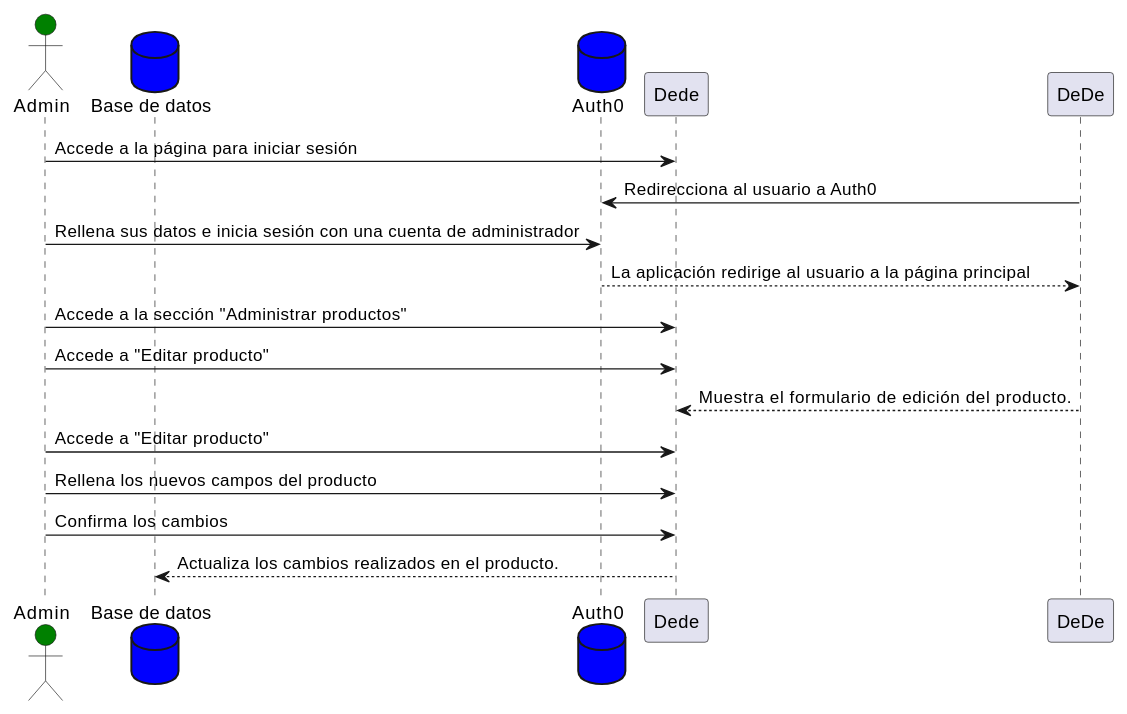
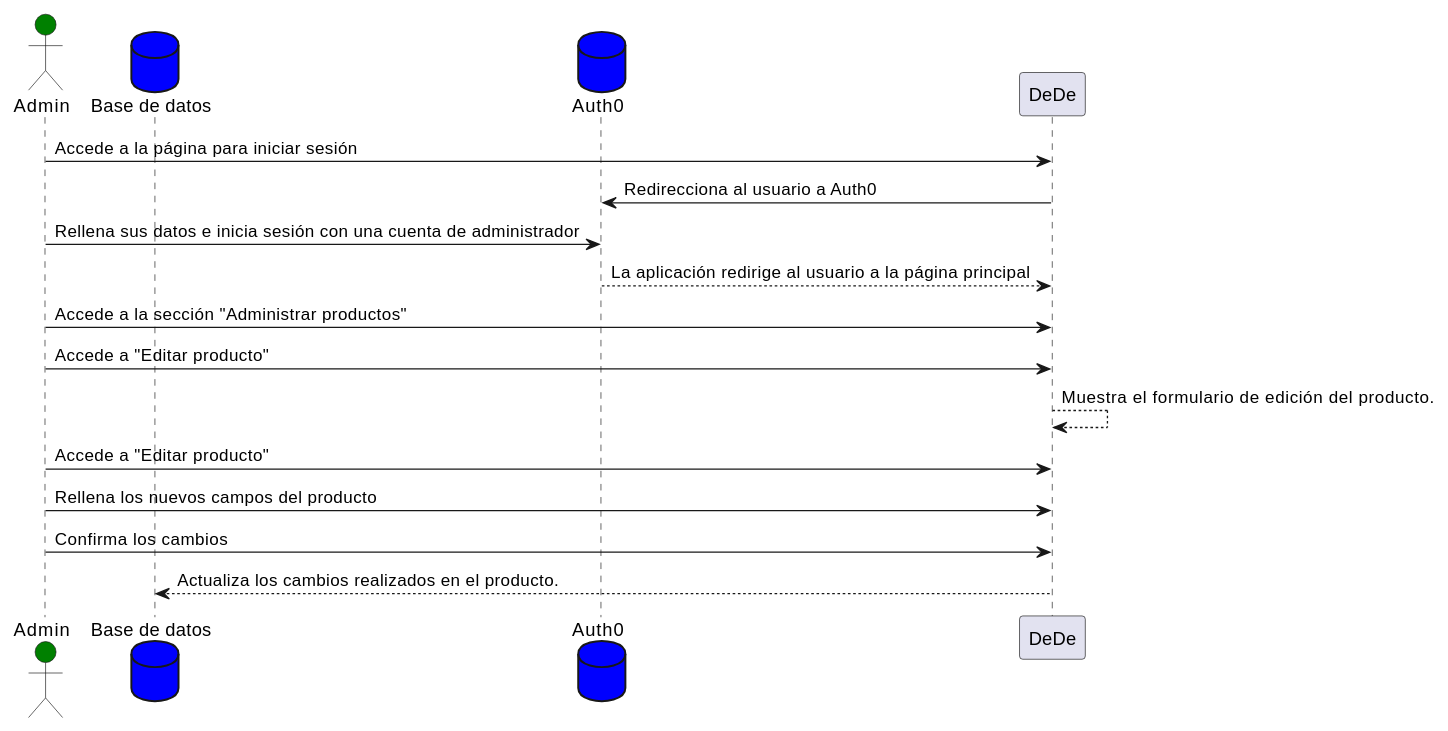
The seventh of 8 diagrams in docs/06_runtime_view.adoc (Arquisoft/dede_es2a), drawn with PlantUML before and after one commit. The commit also changed other lines of this file, not shown here.

Commit message:
corregidos diagramas de secuencia

```diff
--- a/docs/06_runtime_view.adoc
+++ b/docs/06_runtime_view.adoc
@@ -126,17 +126,17 @@
 [plantuml,"EditarProducto",png]
 ----
 actor Admin #green
 database BaseDeDatos as "Base de datos" #blue
 database Auth0 as "Auth0" #blue
-Admin -> Dede: Accede  a la página para iniciar sesión
+Admin -> DeDe: Accede  a la página para iniciar sesión
 DeDe -> Auth0: Redirecciona al usuario a Auth0
 Admin -> Auth0: Rellena sus datos e inicia sesión con una cuenta de administrador
 DeDe <-- Auth0: La aplicación redirige al usuario a la página principal
-Admin -> Dede: Accede a la sección "Administrar productos"
-Admin -> Dede: Accede a "Editar producto"
-DeDe --> Dede: Muestra el formulario de edición del producto.
-Admin -> Dede: Accede a "Editar producto"
-Admin -> Dede: Rellena los nuevos campos del producto
-Admin -> Dede: Confirma los cambios
-BaseDeDatos <-- Dede: Actualiza los cambios realizados en el producto.
+Admin -> DeDe: Accede a la sección "Administrar productos"
+Admin -> DeDe: Accede a "Editar producto"
+DeDe --> DeDe: Muestra el formulario de edición del producto.
+Admin -> DeDe: Accede a "Editar producto"
+Admin -> DeDe: Rellena los nuevos campos del producto
+Admin -> DeDe: Confirma los cambios
+DeDe --> BaseDeDatos: Actualiza los cambios realizados en el producto.
 ----
```
